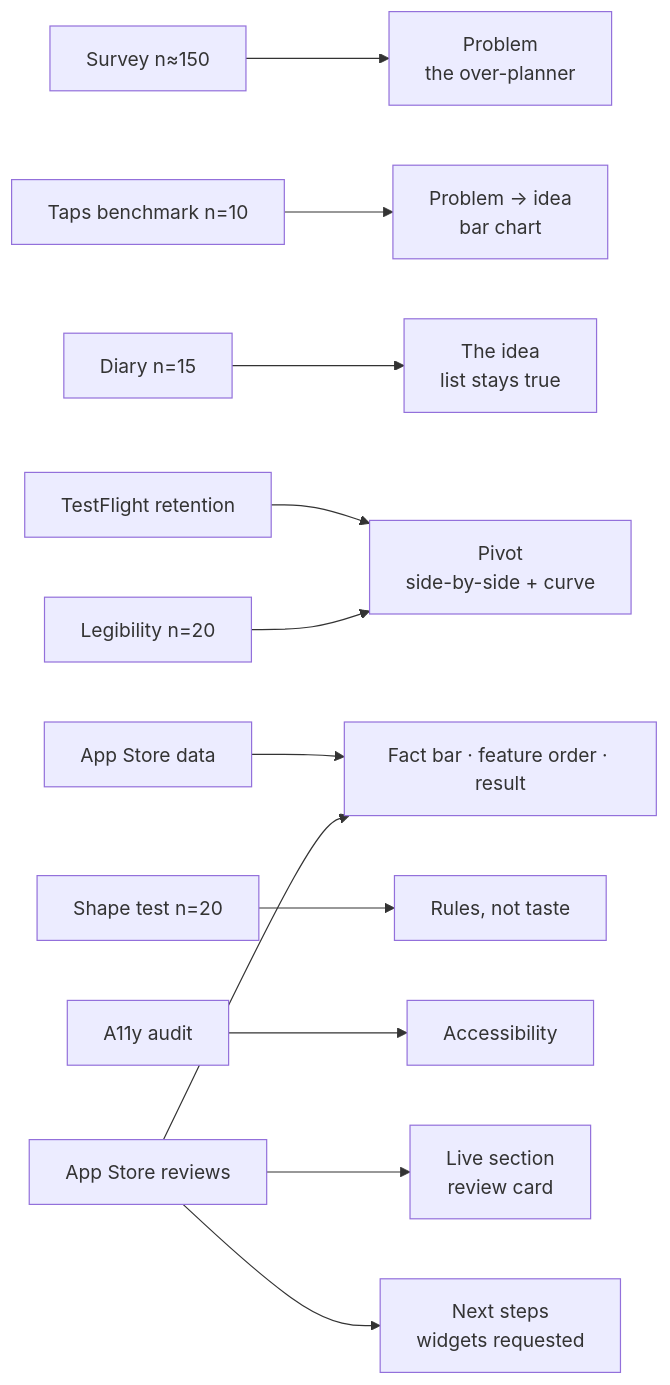
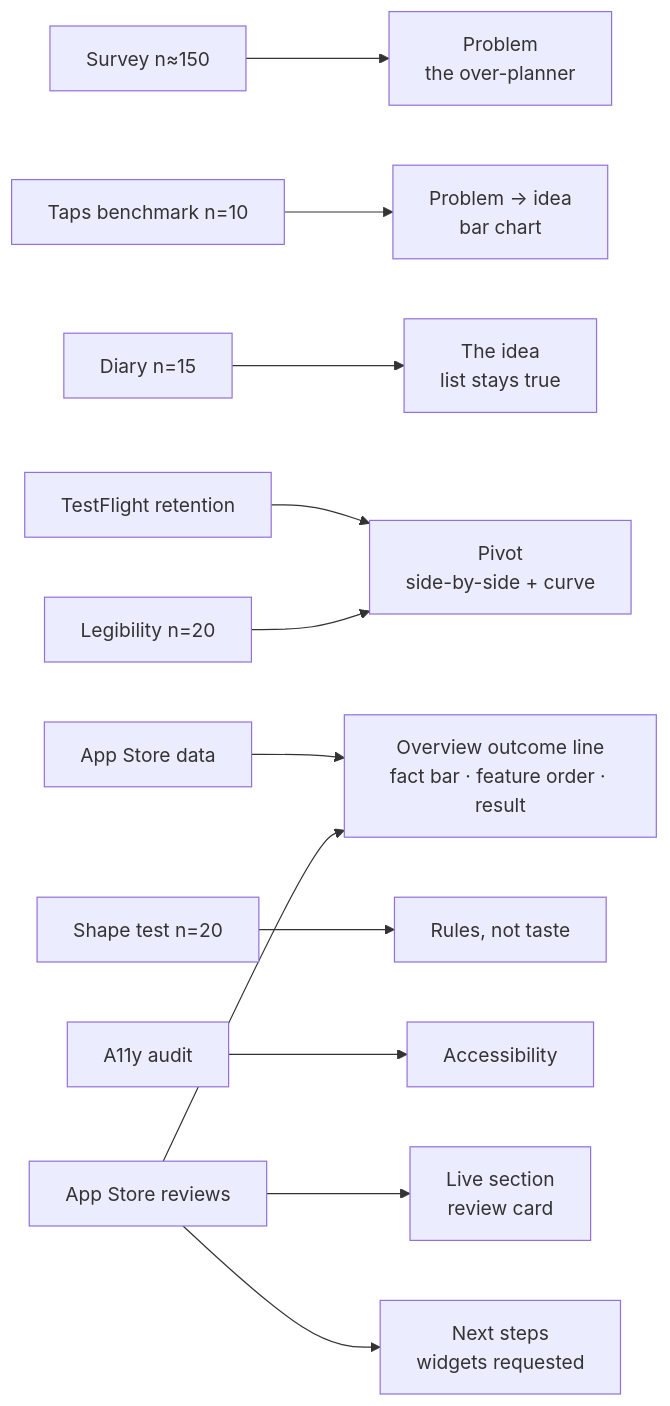
Before and after one commit to lucasmaher-hash/3d_Portfolio: the second of 2 diagrams in tomorrow-casestudy-plan.md, drawn with Mermaid. The commit also changed other lines of this file, not shown here.

Commit message:
to.morrow plan: rebuild around Calmsphere + Asuo references (overview block, try-it block, flow rows, rule card); studies tiered

````diff
--- a/tomorrow-casestudy-plan.md
+++ b/tomorrow-casestudy-plan.md
@@ -190,14 +247,14 @@
 ```mermaid
 flowchart LR
     S1["Survey n≈150"] --> P["Problem<br/>the over-planner"]
     S2["Taps benchmark n=10"] --> P2["Problem → idea<br/>bar chart"]
     S3["Diary n=15"] --> I["The idea<br/>list stays true"]
     S4["TestFlight retention"] --> PV["Pivot<br/>side-by-side + curve"]
     S5["Legibility n=20"] --> PV
-    S6["App Store data"] --> F["Fact bar · feature order · result"]
+    S6["App Store data"] --> O["Overview outcome line<br/>fact bar · feature order · result"]
     S7["Shape test n=20"] --> DS["Rules, not taste"]
     S8["A11y audit"] --> A["Accessibility"]
-    S9["App Store reviews"] --> F
+    S9["App Store reviews"] --> O
     S9 --> L["Live section<br/>review card"]
     S9 --> N["Next steps<br/>widgets requested"]
 ```
````
